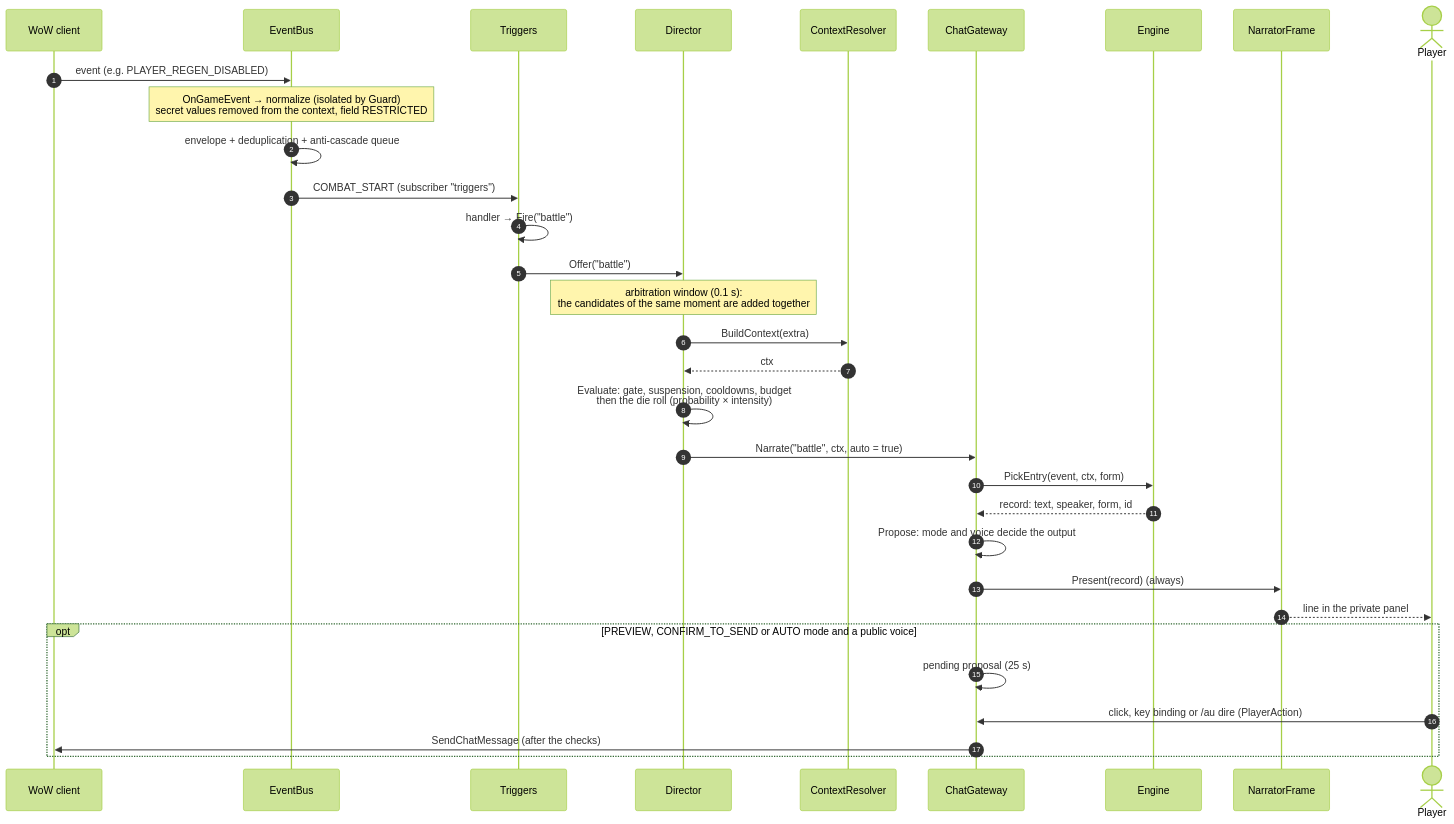
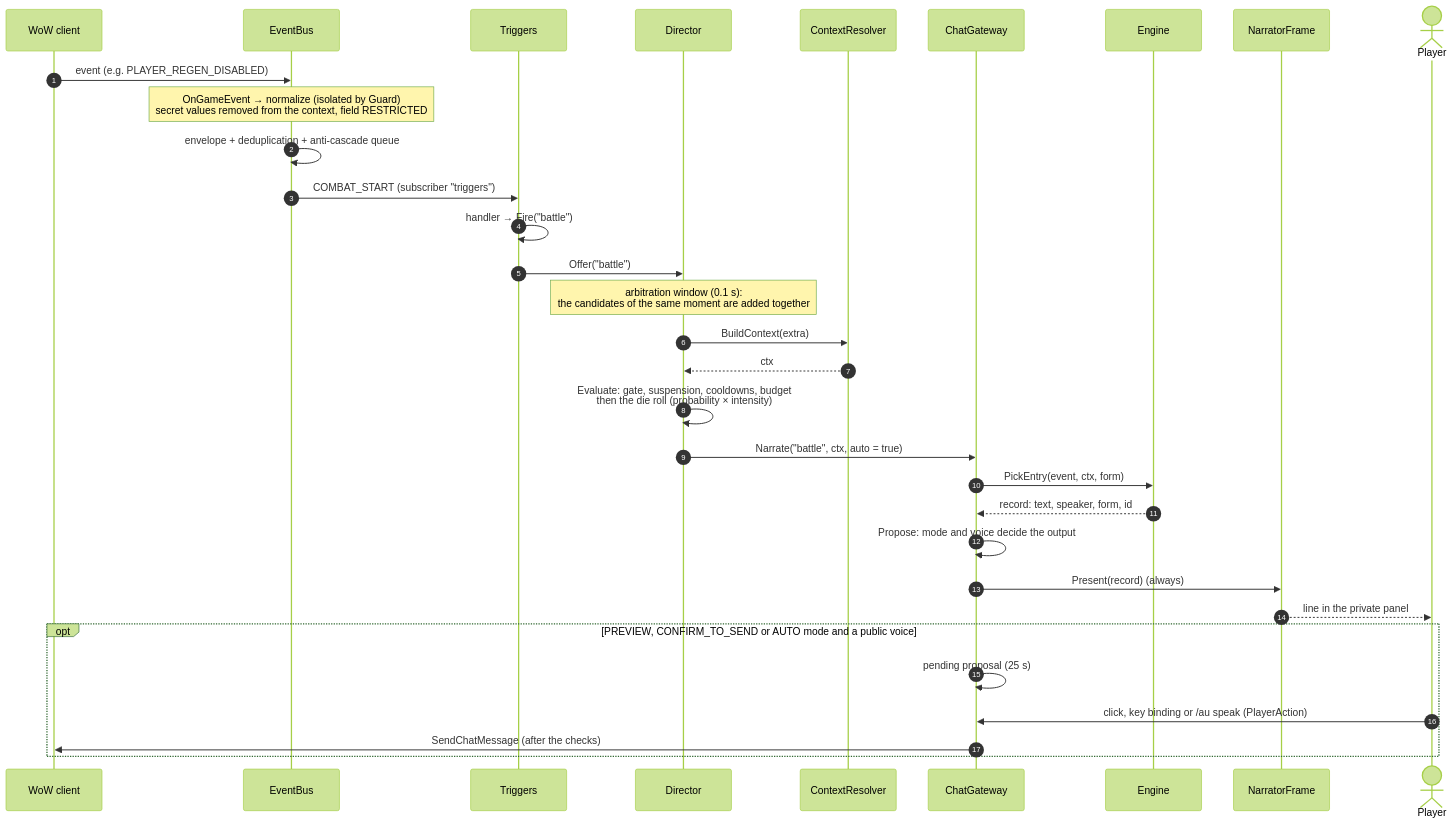
Before and after one commit to Finland6738/azeroth-unspoken: the third of 14 diagrams in docs/ARCHITECTURE.md, drawn with Mermaid (forest theme). The commit also changed other lines of this file and 80 other files, not shown here.

````diff
--- a/docs/ARCHITECTURE.md
+++ b/docs/ARCHITECTURE.md
@@ -204,35 +205,35 @@
 ```mermaid
 sequenceDiagram
     autonumber
     participant W as WoW client
     participant B as EventBus
     participant T as Triggers
     participant D as Director
     participant C as ContextResolver
     participant G as ChatGateway
     participant E as Engine
     participant N as NarratorFrame
     actor P as Player
 
     W->>B: event (e.g. PLAYER_REGEN_DISABLED)
     Note over B: OnGameEvent → normalize (isolated by Guard)<br/>secret values removed from the context, field RESTRICTED
     B->>B: envelope + deduplication + anti-cascade queue
     B->>T: COMBAT_START (subscriber "triggers")
     T->>T: handler → Fire("battle")
     T->>D: Offer("battle")
     Note over D: arbitration window (0.1 s):<br/>the candidates of the same moment are added together
     D->>C: BuildContext(extra)
     C-->>D: ctx
     D->>D: Evaluate: gate, suspension, cooldowns, budget<br/>then the die roll (probability × intensity)
     D->>G: Narrate("battle", ctx, auto = true)
     G->>E: PickEntry(event, ctx, form)
     E-->>G: record: text, speaker, form, id
     G->>G: Propose: mode and voice decide the output
     G->>N: Present(record)  (always)
     N-->>P: line in the private panel
     opt PREVIEW, CONFIRM_TO_SEND or AUTO mode and a public voice
         G->>G: pending proposal (25 s)
-        P->>G: click, key binding or /au dire (PlayerAction)
+        P->>G: click, key binding or /au speak (PlayerAction)
         G->>W: SendChatMessage (after the checks)
     end
 ```
````
